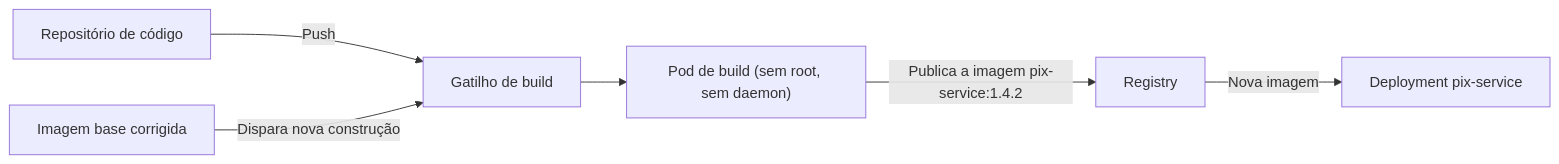
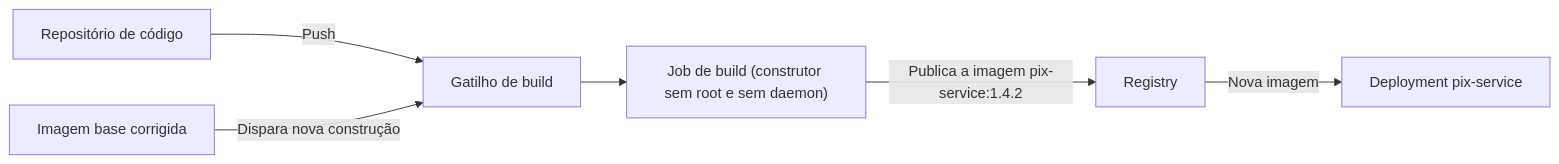
One commit to alancesar/design-patterns changed the diagram in docs/architecture/kubernetes-patterns/advanced/image-builder.md. Above: the diagram before and after it, drawn with Mermaid. The commit also changed other lines of this file and 47 other files, not shown here.

````diff
--- a/docs/architecture/kubernetes-patterns/advanced/image-builder.md
+++ b/docs/architecture/kubernetes-patterns/advanced/image-builder.md
@@ -61,8 +72,8 @@
 ```mermaid
 flowchart LR
     G["Repositório de código"] -->|"Push"| T["Gatilho de build"]
-    T --> B["Pod de build (sem root, sem daemon)"]
+    T --> B["Job de build (construtor sem root e sem daemon)"]
     B -->|"Publica a imagem pix-service:1.4.2"| R["Registry"]
     R -->|"Nova imagem"| D["Deployment pix-service"]
     BI["Imagem base corrigida"] -->|"Dispara nova construção"| T
 ```
````
